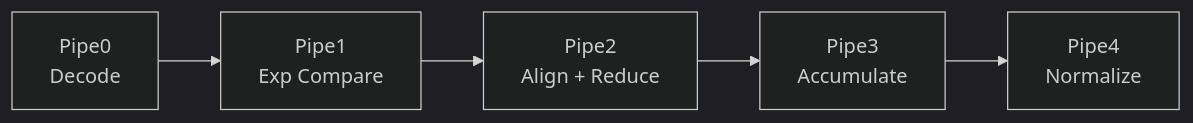
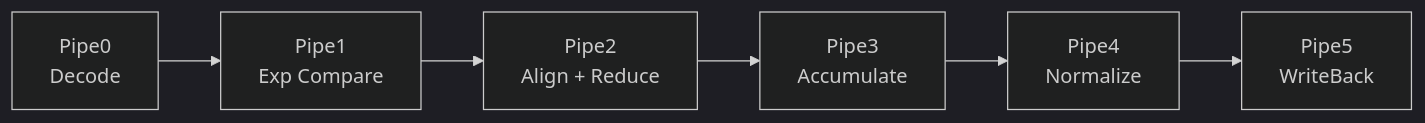
The diagram in docs/hardware/compute-engine/reduce-pe.md (OpenCUTE/CUTE-Design-Doc), drawn with Mermaid (dark theme) before and after one commit. The commit also changed other lines of this file and 33 other files, not shown here.

````diff
--- a/docs/hardware/compute-engine/reduce-pe.md
+++ b/docs/hardware/compute-engine/reduce-pe.md
@@ -42,7 +43,8 @@
 ```mermaid
 graph LR
     P0["Pipe0<br/>Decode"] --> P1["Pipe1<br/>Exp Compare"]
     P1 --> P2["Pipe2<br/>Align + Reduce"]
     P2 --> P3["Pipe3<br/>Accumulate"]
     P3 --> P4["Pipe4<br/>Normalize"]
+    P4 --> P5["Pipe5<br/>WriteBack"]
 ```
````
